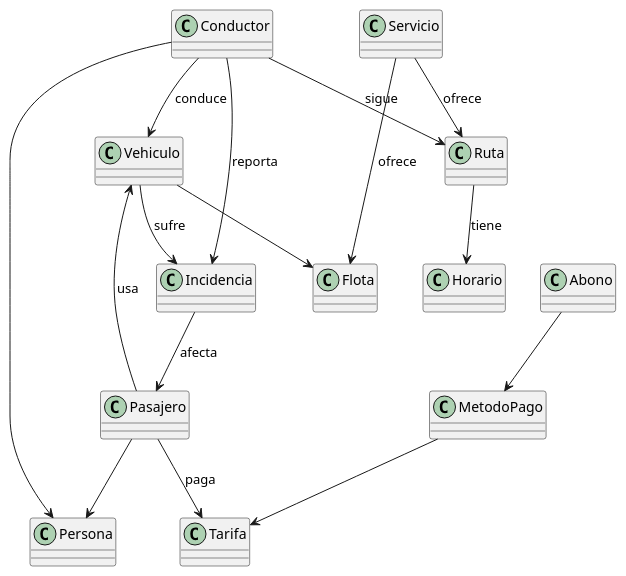
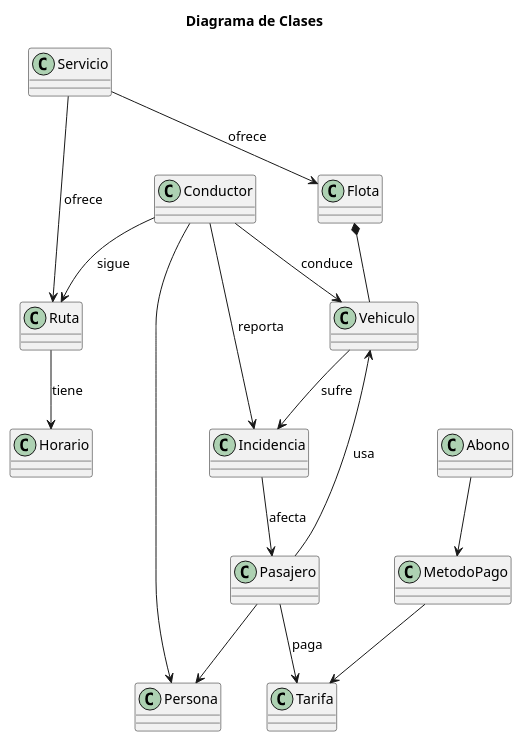
Before and after one commit to Ingenieria-Informatica-UNEATLANTICO/app-actividad-post-parcial-aadrigaar: the diagram in modelosUML/DiagramaClases.puml, drawn with PlantUML.

```diff
--- a/modelosUML/DiagramaClases.puml
+++ b/modelosUML/DiagramaClases.puml
@@ -1,53 +1,55 @@
 @startuml
+title Diagrama de Clases
+
 class Horario {
 }
 
 class Ruta {
 }
 
 class Servicio {
 }
 
 class Conductor {
 }
 
 class Vehiculo {
 }
 
 class Incidencia {
 }
 
 class Pasajero {
 }
 
 class Persona {
 }
 
 class Tarifa {
 }
 
 class Abono {
 }
 
 class Flota {
 }
 
 class MetodoPago{
 }
 
 Ruta --> Horario : tiene
 Conductor --> Ruta : sigue
 Conductor --> Incidencia : reporta
 Conductor --> Vehiculo : conduce
 Vehiculo --> Incidencia : sufre
-Vehiculo --> Flota
+Flota *-- Vehiculo
 Servicio --> Ruta : ofrece
 Servicio --> Flota : ofrece
 Conductor --> Persona
 Pasajero --> Persona
 Pasajero --> Vehiculo : usa
 Incidencia --> Pasajero : afecta
 Pasajero --> Tarifa : paga
 MetodoPago --> Tarifa
 Abono --> MetodoPago
 @enduml
```
